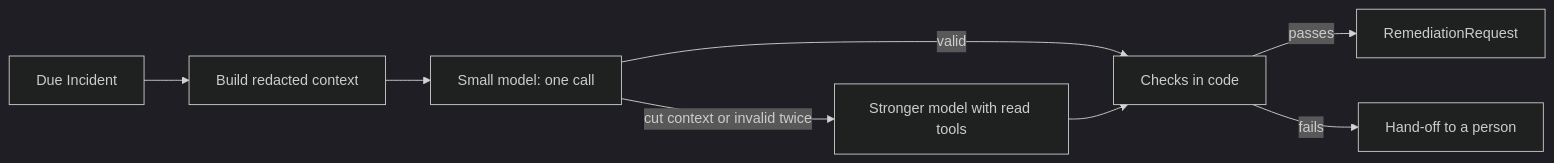
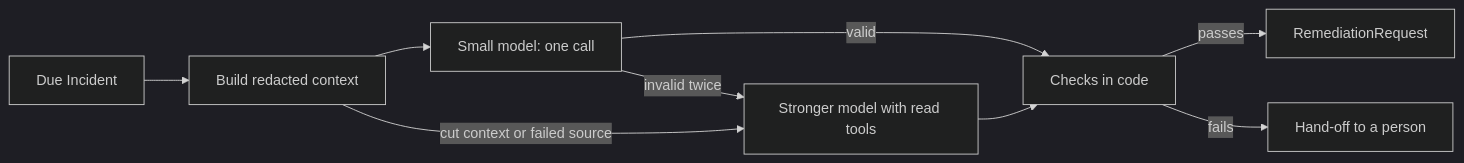
Before and after one commit to pkalin/shadewright: the diagram in docs/how-it-works/diagnosis.md, drawn with Mermaid (dark theme). The commit also changed other lines of this file and 5 other files, not shown here.

````diff
--- a/docs/how-it-works/diagnosis.md
+++ b/docs/how-it-works/diagnosis.md
@@ -19,10 +19,11 @@
 ```mermaid
 flowchart LR
     inc[Due Incident] --> ctx[Build redacted context]
     ctx --> small[Small model: one call]
+    ctx -- cut context or failed source --> big[Stronger model with read tools]
     small -- valid --> chk[Checks in code]
-    small -- cut context or invalid twice --> big[Stronger model with read tools]
+    small -- invalid twice --> big
     big --> chk
     chk -- passes --> rr[RemediationRequest]
     chk -- fails --> hand[Hand-off to a person]
 ```
````
